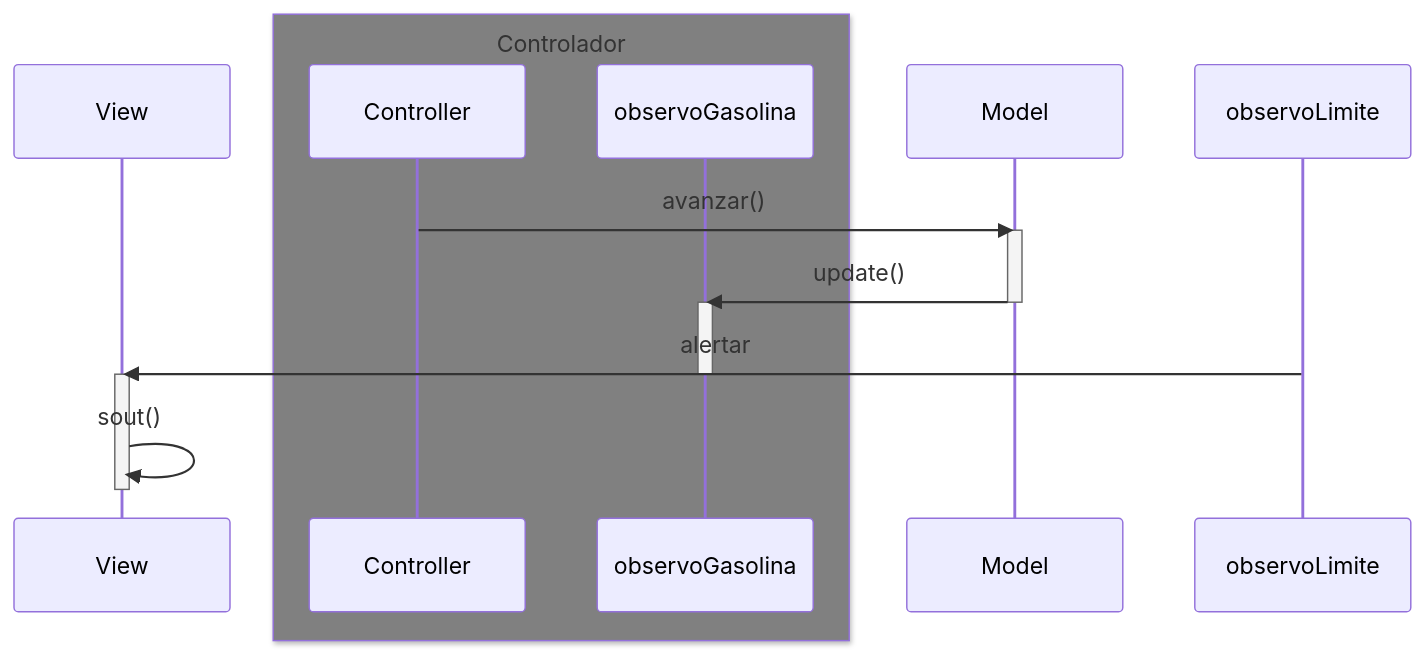
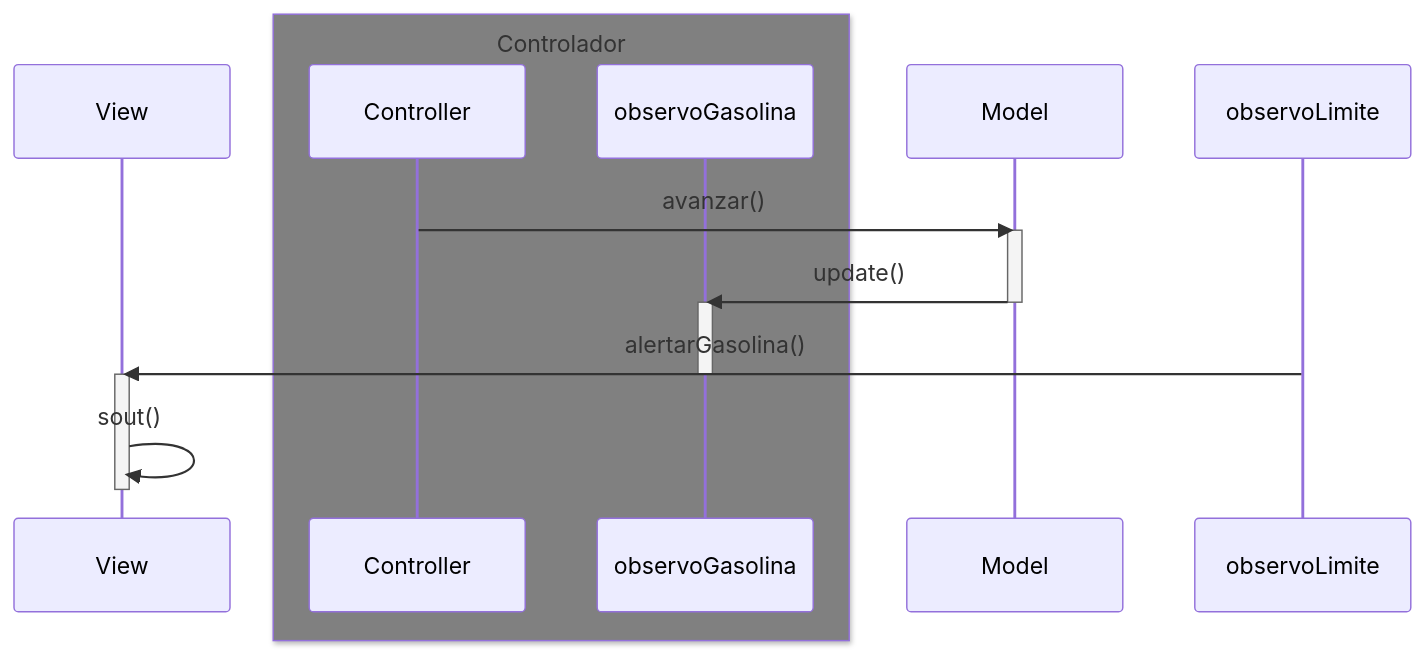
One commit to Mestosc/MVC_Tarea changed the first of 5 diagrams in Readme.md. Above: the diagram before and after it, drawn with Mermaid. The commit also changed 1 other file, not shown here.

Commit message:
Retocando cosas

````diff
--- a/Readme.md
+++ b/Readme.md
@@ -20,20 +20,20 @@
 ```mermaid
 sequenceDiagram
     participant View
     box gray Controlador
     participant Controller
     participant observoGasolina
     end
     participant Model
 
     Controller->>Model: avanzar()
     activate Model
     Model->>observoGasolina: update()
     deactivate Model
     activate observoGasolina
-    observoLimite->>View: alertar
+    observoLimite->>View: alertarGasolina()
     deactivate observoGasolina
     activate View
     View->>View: sout()
     deactivate View
 ```
````
